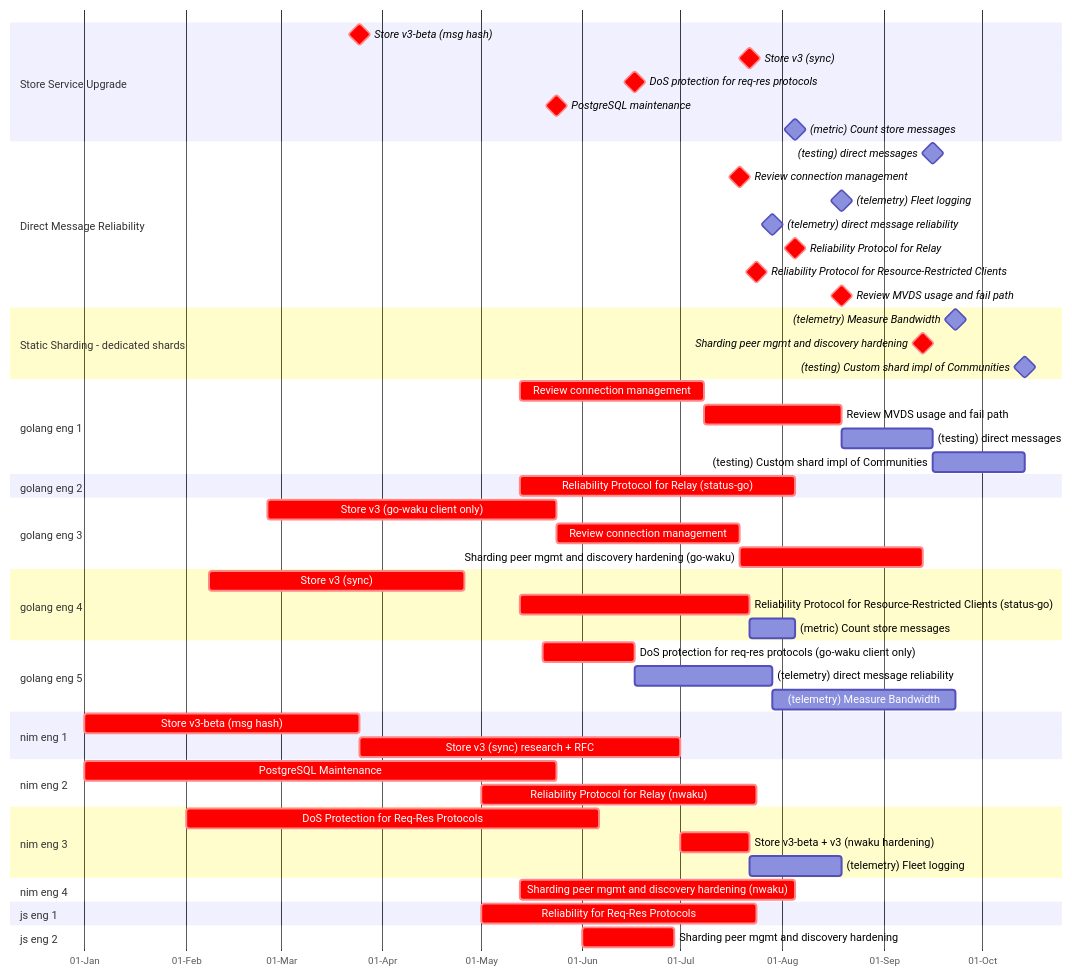
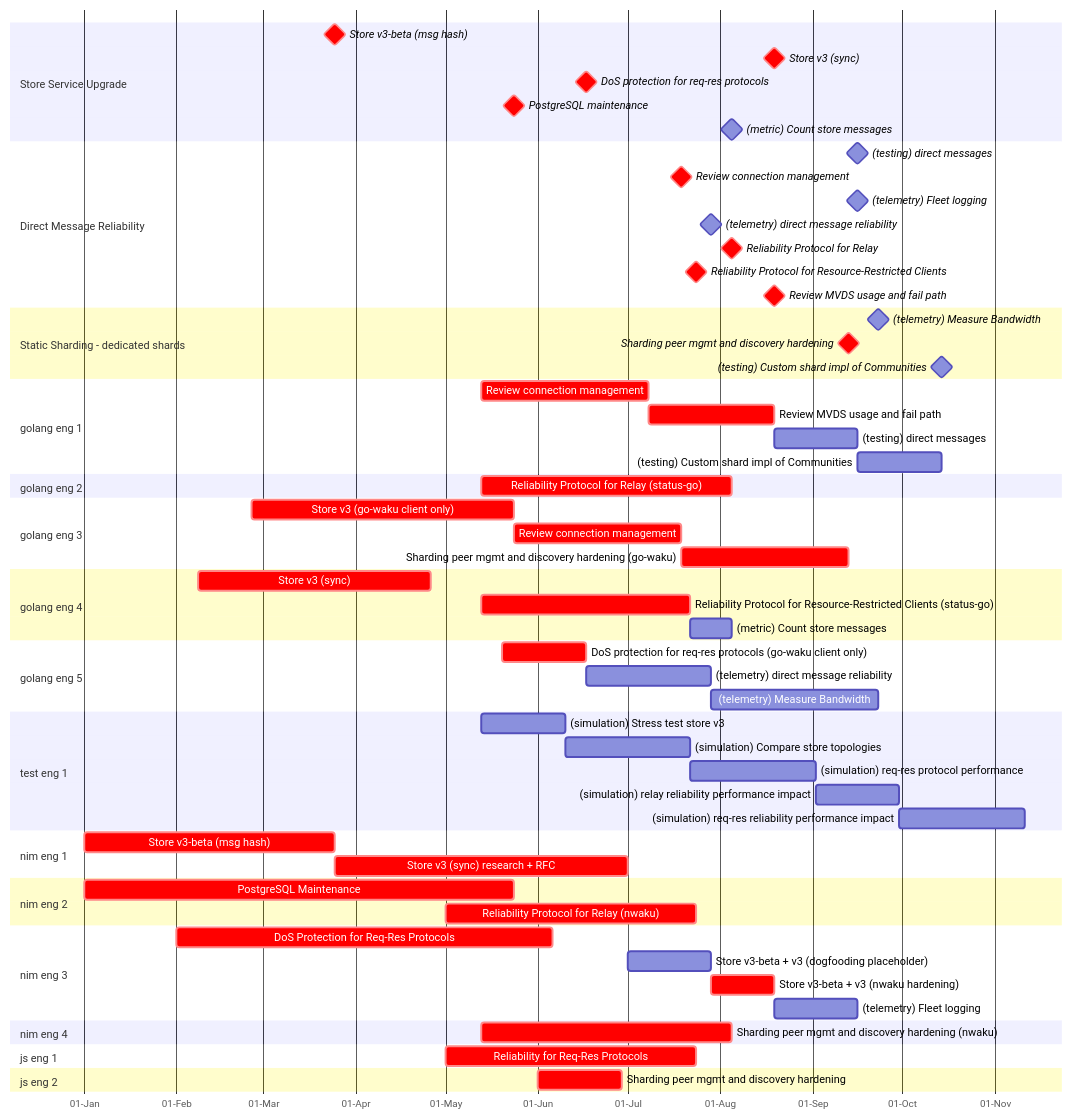
The diagram in content/waku/2024-gantt.md (logos-co/roadmap), drawn with Mermaid before and after one commit.

Commit message:
add work for test engineer

```diff
--- a/content/waku/2024-gantt.md
+++ b/content/waku/2024-gantt.md
@@ -68,7 +68,18 @@
         %% TBC estimate and start
         (telemetry) Measure Bandwidth: telem-bandwidth, after telem-d-msg-rel, 8w
     section test eng 1
-        %% TODO: start small scale simulations of DST such store perf    
+        %% TBC estimate
+        %% This is Store Service Upgrade - item (1) in DST simulation - start with small scale to get faster results 
+        (simulation) Stress test store v3: sim-storev3, 2024-05-13, 4w
+        %% TBC estimate
+        %% This is Store Service Upgrade - item (2) in DST simulation - start with small scale to get faster results
+        (simulation) Compare store topologies: sim-store-cmp, after sim-storev3, 6w
+        %% TBC estimate/priority
+        (simulation) req-res protocol performance: sim-req-res, after sim-store-cmp, 6w
+        %% TBC estimate
+        (simulation) relay reliability performance impact: sim-relay-rel, after sim-req-res rel-relay-g rel-relay-n, 4w
+        %% TBC estimate
+        (simulation) req-res reliability performance impact: sim-reqres-rel, after sim-relay-rel rel-reqres-g, 6w
     section nim eng 1
         %% TBC estimation done?
         Store v3-beta (msg hash): crit, storev3-br, 2024-01-01, 12w
@@ -77,9 +88,9 @@
         PostgreSQL Maintenance: crit, pgsql, 2024-01-01, 2024-05-24
         Reliability Protocol for Relay (nwaku): crit, rel-relay-n, 2024-05-01, 12w
     section nim eng 3
-        DoS Protection for Req-Res Protocols: crit, dosreqresn, 2024-02-01, 18w 
-        %% TBC estimate, this is assuming PoC is done, ie,  how much hardening would be needed?
-        Store v3-beta + v3 (nwaku hardening): crit, storev3-n, after storev3-br storev3-r dosreqresn, 3w
+        DoS Protection for Req-Res Protocols: crit, dosreqresn, 2024-02-01, 18w
+        Store v3-beta + v3 (dogfooding placeholder):  storev3-df, after storev3-br storev3-r, 4w
+        Store v3-beta + v3 (nwaku hardening): crit, storev3-n, after storev3-df dosreqresn, 3w
         %% TBC estimate/end/start
         (telemetry) Fleet logging: telem-fleet-logging, after storev3-n, 4w
     section nim eng 4
```
